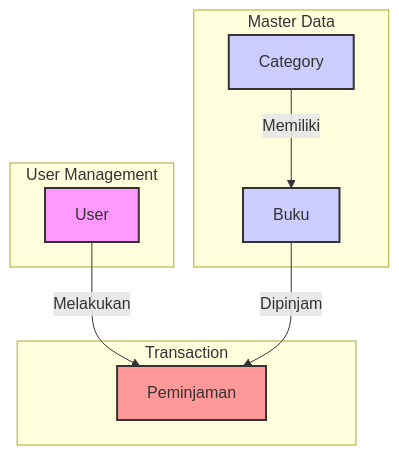
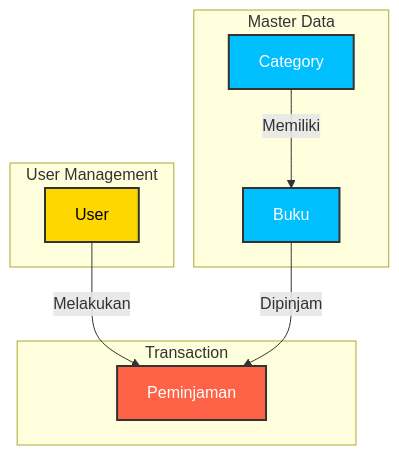
The first of 2 diagrams in README.md (Arss011/library-management-system), drawn with Mermaid before and after one commit. The commit also changed other lines of this file, not shown here.

````diff
--- a/README.md
+++ b/README.md
@@ -10,24 +16,24 @@
 ```mermaid
 graph TD
     subgraph "User Management"
         A[User]
     end
 
     subgraph "Master Data"
         B[Category]
         C[Buku]
     end
 
     subgraph "Transaction"
         D[Peminjaman]
     end
 
     A -- "Melakukan" --> D
     C -- "Dipinjam" --> D
     B -- "Memiliki" --> C
 
-    style A fill:#f9f,stroke:#333,stroke-width:2px
-    style B fill:#ccf,stroke:#333,stroke-width:2px
-    style C fill:#ccf,stroke:#333,stroke-width:2px
-    style D fill:#f99,stroke:#333,stroke-width:2px
+    style A fill:#FFD700,stroke:#333,stroke-width:2px,color:#000
+    style B fill:#00BFFF,stroke:#333,stroke-width:2px,color:#FFF
+    style C fill:#00BFFF,stroke:#333,stroke-width:2px,color:#FFF
+    style D fill:#FF6347,stroke:#333,stroke-width:2px,color:#FFF
 ```
````
